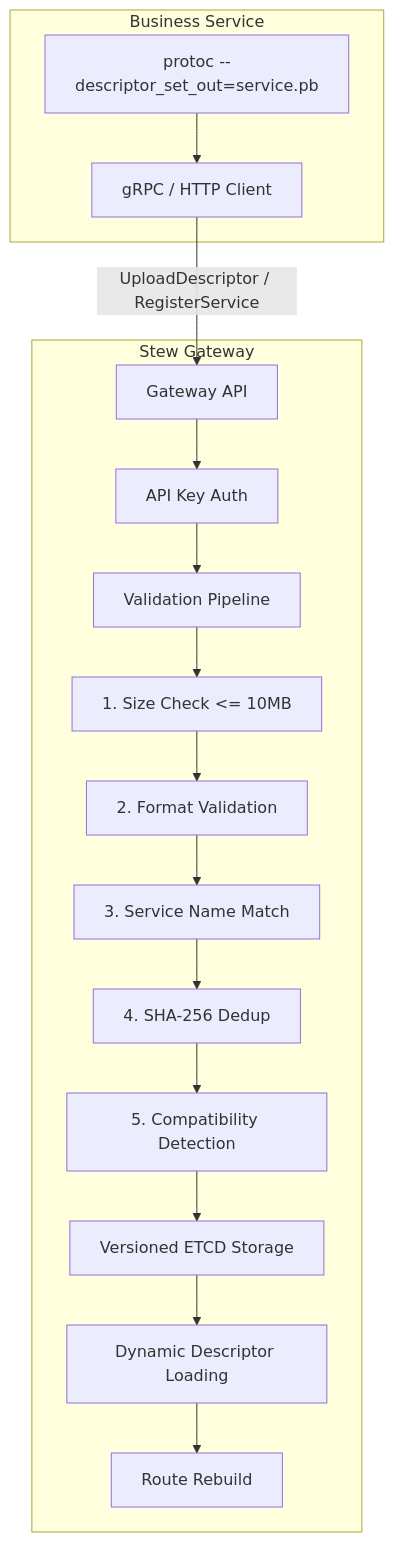
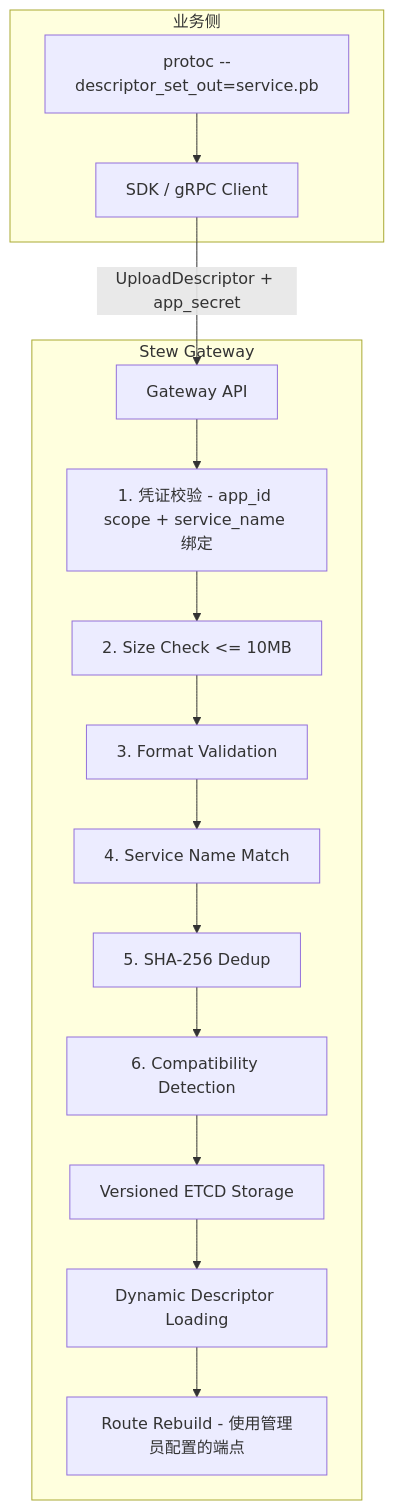
One commit to ahaeureka/stew-docs changed the second of 2 diagrams in 服务发现与热加载.md. Above: the diagram before and after it, drawn with Mermaid. The commit also changed other lines of this file and 4 other files, not shown here.

````diff
--- a/服务发现与热加载.md
+++ b/服务发现与热加载.md
@@ -58,23 +86,22 @@
 ```mermaid
 flowchart TB
-  subgraph Client[Business Service]
+  subgraph Client[业务侧]
     C1[protoc --descriptor_set_out=service.pb]
-    C2[gRPC / HTTP Client]
+    C2[SDK / gRPC Client]
   end
 
   C1 --> C2
-  C2 -->|UploadDescriptor / RegisterService| GW[Gateway API]
+  C2 -->|UploadDescriptor + app_secret| GW[Gateway API]
 
   subgraph Gateway[Stew Gateway]
-    GW --> AUTH[API Key Auth]
-    AUTH --> VP[Validation Pipeline]
-    VP --> SIZE[1. Size Check <= 10MB]
-    SIZE --> FMT[2. Format Validation]
-    FMT --> SVC[3. Service Name Match]
-    SVC --> HASH[4. SHA-256 Dedup]
-    HASH --> COMPAT[5. Compatibility Detection]
+    GW --> CRED[1. 凭证校验 - app_id scope + service_name 绑定]
+    CRED --> SIZE[2. Size Check <= 10MB]
+    SIZE --> FMT[3. Format Validation]
+    FMT --> SVC[4. Service Name Match]
+    SVC --> HASH[5. SHA-256 Dedup]
+    HASH --> COMPAT[6. Compatibility Detection]
     COMPAT --> STORE[Versioned ETCD Storage]
     STORE --> LOAD[Dynamic Descriptor Loading]
-    LOAD --> ROUTE[Route Rebuild]
+    LOAD --> ROUTE[Route Rebuild - 使用管理员配置的端点]
   end
 ```
````
